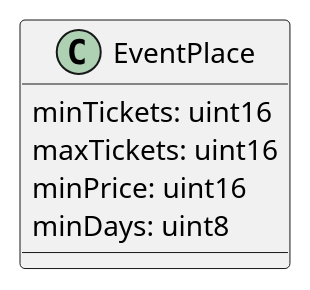
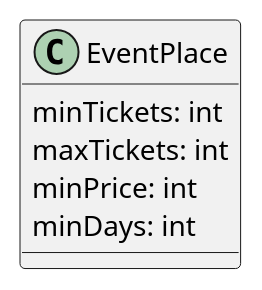
Before and after one commit to ai-shift/cyber-valley-tickets: the first of 25 diagrams in README.org, drawn with PlantUML. The commit also changed other lines of this file and 6 other files, not shown here.

```diff
--- a/README.org
+++ b/README.org
@@ -87,8 +87,8 @@
 #+begin_src plantuml :file ./img/event-place.png
 class EventPlace {
-  minTickets: uint16
-  maxTickets: uint16
-  minPrice: uint16
-  minDays: uint8
+  minTickets: int
+  maxTickets: int
+  minPrice: int
+  minDays: int
 }
 #+end_src
```
